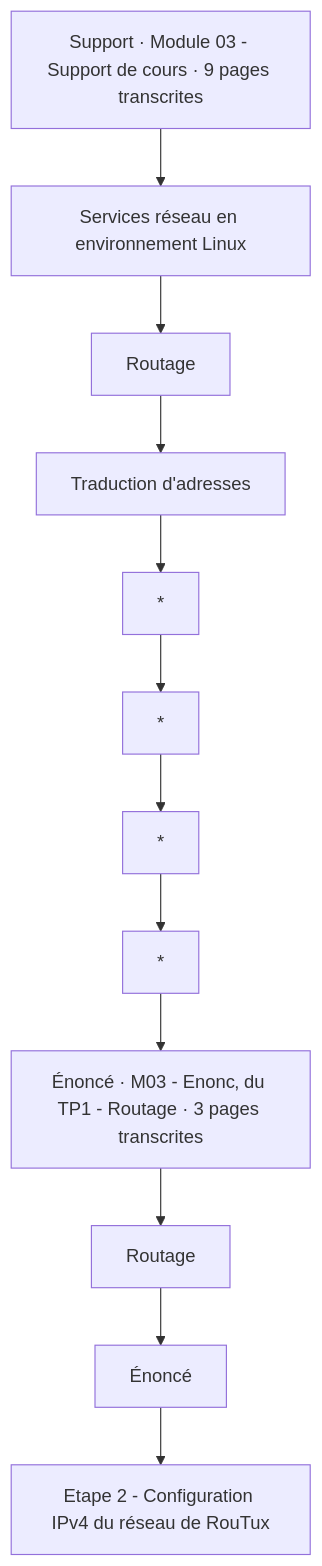
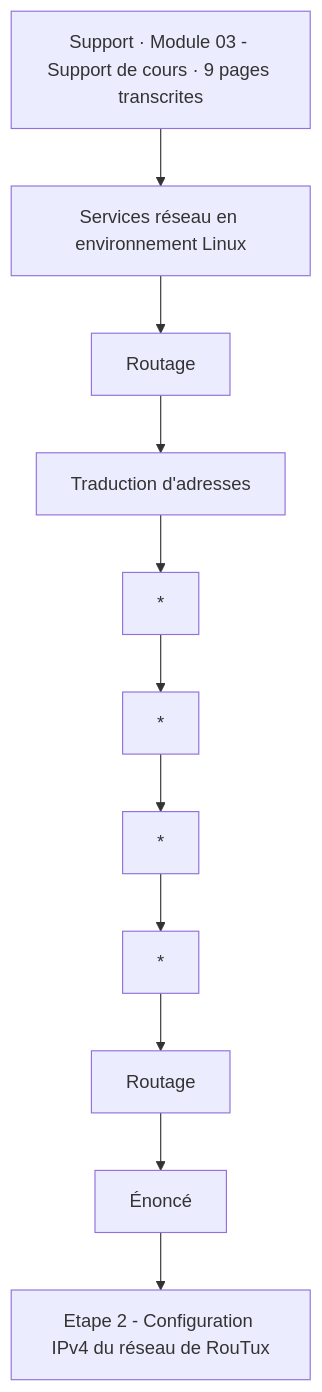
One commit to sk34pk25/tssr-cours changed the first of 5 diagrams in docs/modules/15-services-reseau-en-environnement-linux/module-03-routage-et-traduction-d-adresses.md. Above: the diagram before and after it, drawn with Mermaid. The commit also changed other lines of this file and 108 other files, not shown here.

````diff
--- a/docs/modules/15-services-reseau-en-environnement-linux/module-03-routage-et-traduction-d-adresses.md
+++ b/docs/modules/15-services-reseau-en-environnement-linux/module-03-routage-et-traduction-d-adresses.md
@@ -32,26 +30,24 @@
 ```mermaid
 flowchart TD
     N1["Support · Module 03 - Support de cours · 9 pages transcrites"]
     N2["Services réseau en environnement Linux"]
     N3["Routage"]
     N4["Traduction d'adresses"]
     N5["*"]
     N6["*"]
     N7["*"]
     N8["*"]
-    N9["Énoncé · M03 - Enonc‚ du TP1 - Routage · 3 pages transcrites"]
     N10["Routage"]
     N11["Énoncé"]
     N12["Etape 2 - Configuration IPv4 du réseau de RouTux"]
     N1 --> N2
     N2 --> N3
     N3 --> N4
     N4 --> N5
     N5 --> N6
     N6 --> N7
     N7 --> N8
-    N8 --> N9
-    N9 --> N10
+    N8 --> N10
     N10 --> N11
     N11 --> N12
 ```
````
